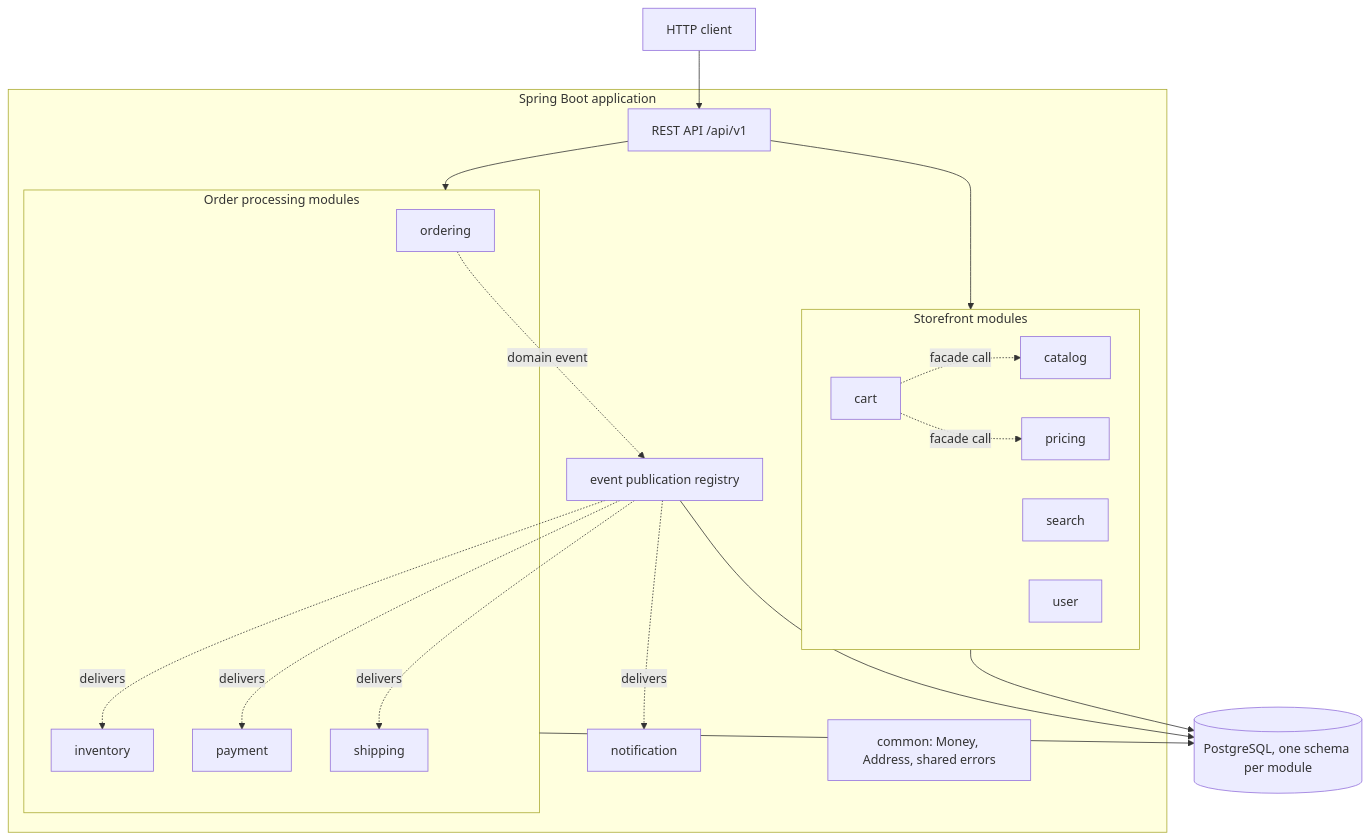
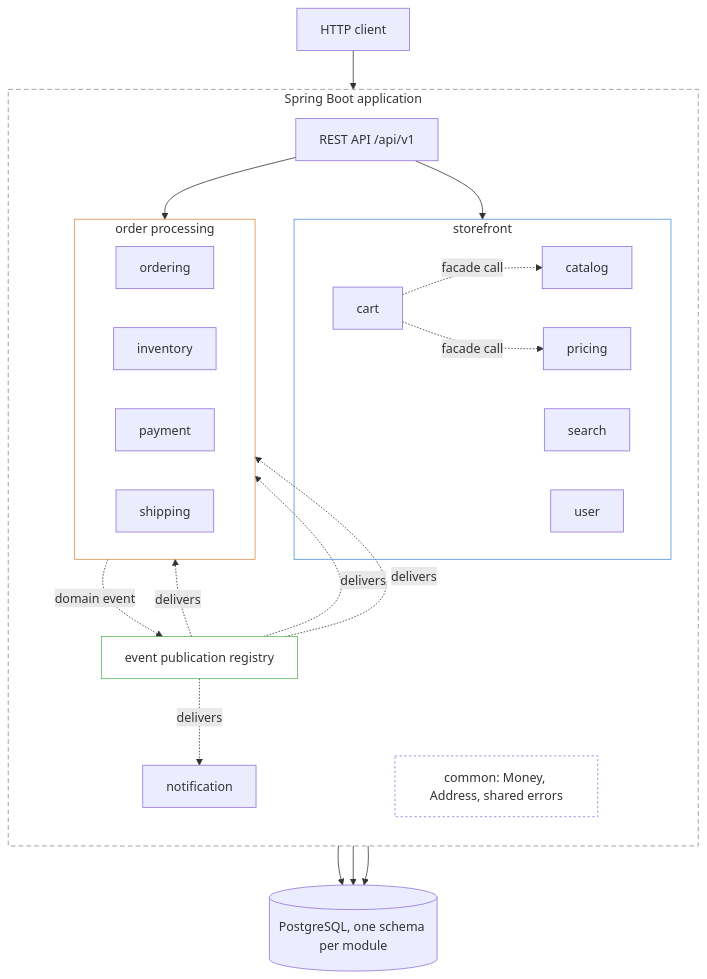
The diagram in README.md (galileo680/ecommerce-backend), drawn with Mermaid before and after one commit.

````diff
--- a/README.md
+++ b/README.md
@@ -18,46 +18,52 @@
 ```mermaid
 flowchart TB
     Client["HTTP client"]
 
     subgraph App["Spring Boot application"]
+        direction TB
         API["REST API /api/v1"]
 
-        subgraph Storefront["Storefront modules"]
+        subgraph Storefront["storefront"]
+            direction LR
             Catalog["catalog"]
             Search["search"]
             Cart["cart"]
             Pricing["pricing"]
             User["user"]
         end
 
-        subgraph Fulfilment["Order processing modules"]
+        subgraph Fulfilment["order processing"]
+            direction LR
             Ordering["ordering"]
             Inventory["inventory"]
             Payment["payment"]
             Shipping["shipping"]
         end
 
+        Registry["event publication registry"]
         Notification["notification"]
-        Registry["event publication registry"]
         Common["common: Money, Address, shared errors"]
     end
 
     Database[("PostgreSQL, one schema per module")]
 
     Client --> API
     API --> Storefront
     API --> Fulfilment
-
     Cart -. facade call .-> Catalog
     Cart -. facade call .-> Pricing
     Ordering -. domain event .-> Registry
-
     Registry -. delivers .-> Inventory
     Registry -. delivers .-> Payment
     Registry -. delivers .-> Shipping
     Registry -. delivers .-> Notification
-
     Storefront --> Database
     Fulfilment --> Database
     Registry --> Database
+
+    style App fill:transparent,stroke:#8a8a8a,stroke-dasharray:6 4
+    style Storefront fill:transparent,stroke:#4a90d9
+    style Fulfilment fill:transparent,stroke:#d98e4a
+    style Registry fill:transparent,stroke:#5cb85c
+    style Common fill:transparent,stroke-dasharray:3 3
 ```
````
